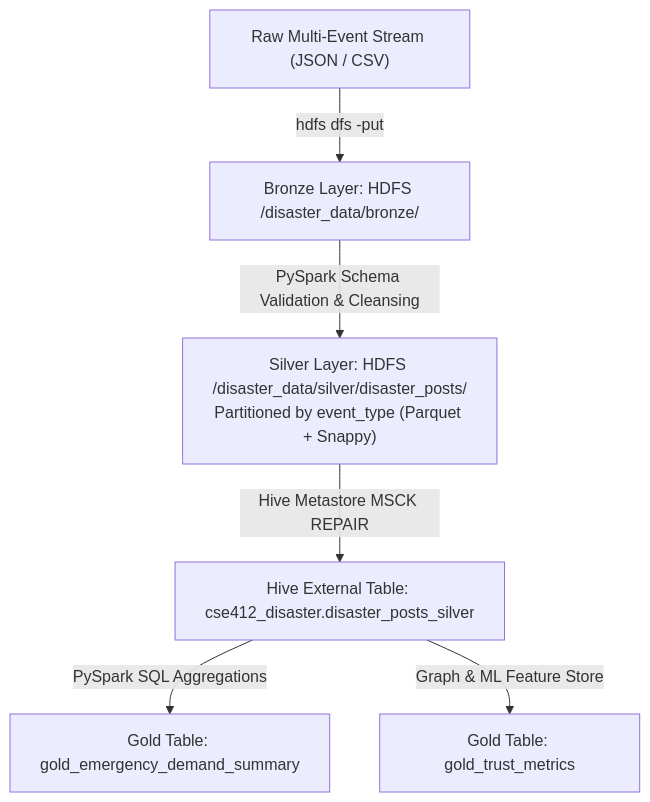
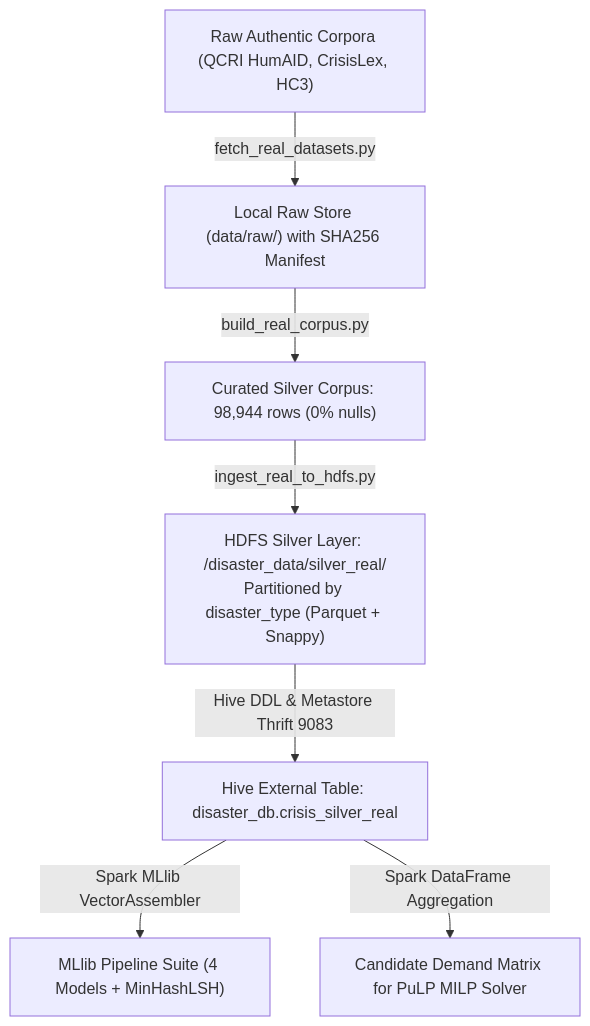
One commit to Tharunkunamalla/Bigdata_Project changed the diagram in docs/DATA.md. Above: the diagram before and after it, drawn with Mermaid. The commit also changed other lines of this file and 36 other files, not shown here.

Commit message:
feat(final): complete real-data rebuild, empirical ML models, 100k fault tolerance, multi-region LP ablation, test suite, and defensible academic report

````diff
--- a/docs/DATA.md
+++ b/docs/DATA.md
@@ -14,8 +29,9 @@
 ```mermaid
 flowchart TD
-    RawData["Raw Multi-Event Stream (JSON / CSV)"] -->|hdfs dfs -put| Bronze["Bronze Layer: HDFS /disaster_data/bronze/"]
-    Bronze -->|PySpark Schema Validation & Cleansing| Silver["Silver Layer: HDFS /disaster_data/silver/disaster_posts/<br/>Partitioned by event_type (Parquet + Snappy)"]
-    Silver -->|Hive Metastore MSCK REPAIR| HiveExternal["Hive External Table: cse412_disaster.disaster_posts_silver"]
-    HiveExternal -->|PySpark SQL Aggregations| GoldDemand["Gold Table: gold_emergency_demand_summary"]
-    HiveExternal -->|Graph & ML Feature Store| GoldFeatures["Gold Table: gold_trust_metrics"]
+    Raw["Raw Authentic Corpora (QCRI HumAID, CrisisLex, HC3)"] -->|fetch_real_datasets.py| BronzeLocal["Local Raw Store (data/raw/) with SHA256 Manifest"]
+    BronzeLocal -->|build_real_corpus.py| CuratedCSV["Curated Silver Corpus: 98,944 rows (0% nulls)"]
+    CuratedCSV -->|ingest_real_to_hdfs.py| HDFSSilver["HDFS Silver Layer: /disaster_data/silver_real/<br/>Partitioned by disaster_type (Parquet + Snappy)"]
+    HDFSSilver -->|Hive DDL & Metastore Thrift 9083| HiveTable["Hive External Table: disaster_db.crisis_silver_real"]
+    HiveTable -->|Spark MLlib VectorAssembler| MLlibPipelines["MLlib Pipeline Suite (4 Models + MinHashLSH)"]
+    HiveTable -->|Spark DataFrame Aggregation| DemandMatrix["Candidate Demand Matrix for PuLP MILP Solver"]
 ```
````
